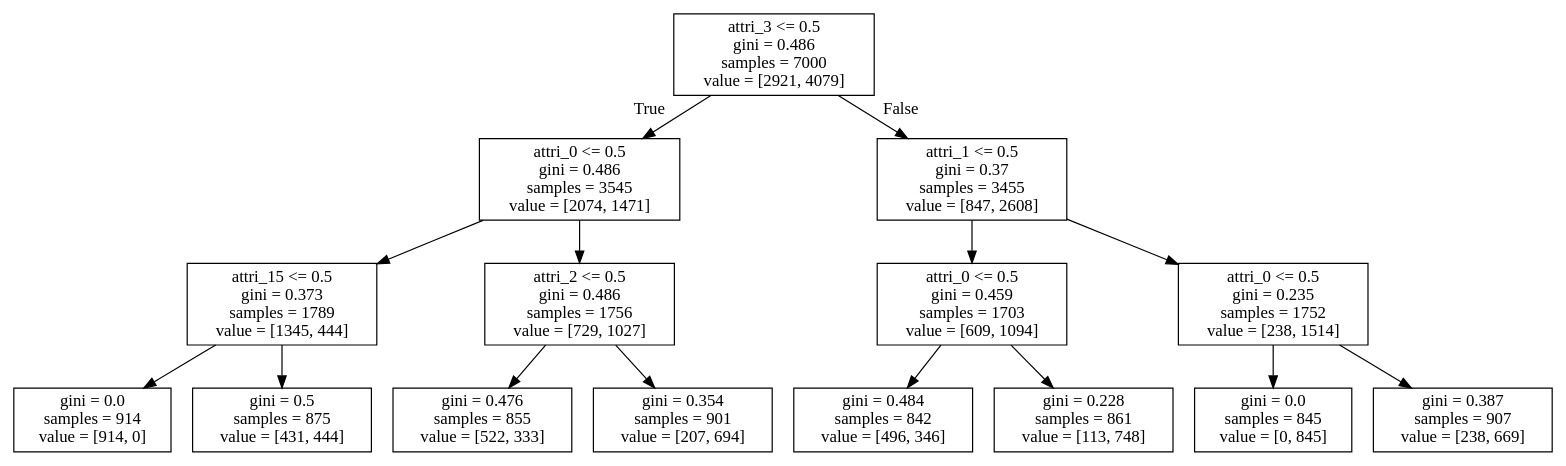
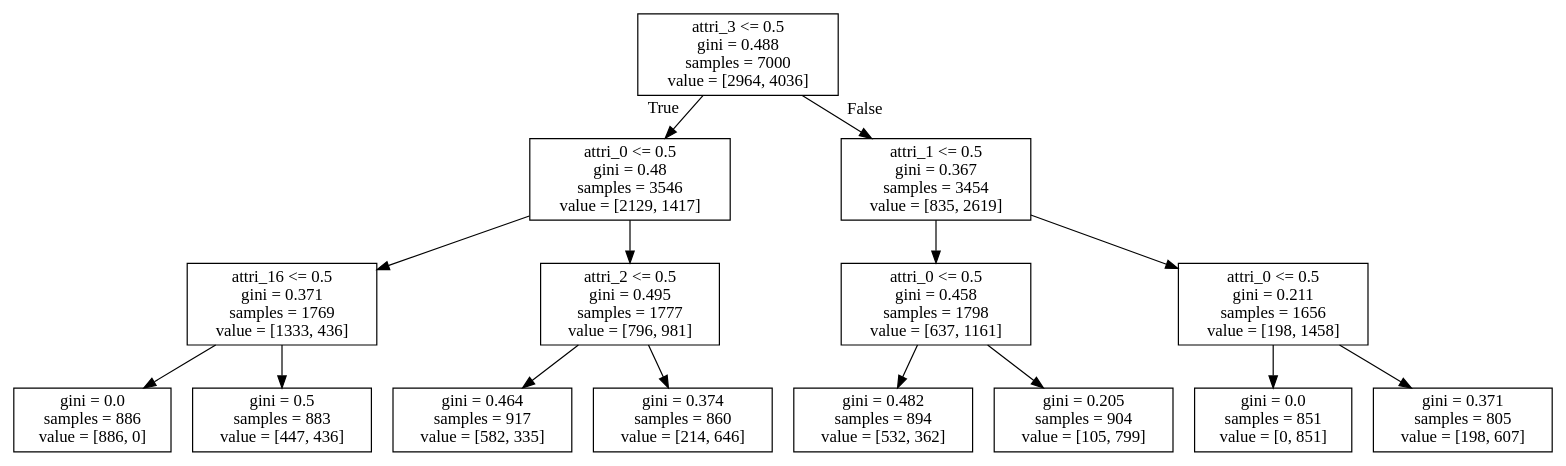
The diagram in Decision_Tree/models/decision_tree_depth3.dot (ElektrischesSchaf/Data_Mining_2019_Projects), drawn with Graphviz before and after one commit. The commit also changed 5 other files, not shown here.

```diff
--- a/Decision_Tree/models/decision_tree_depth3.dot
+++ b/Decision_Tree/models/decision_tree_depth3.dot
@@ -1,32 +1,32 @@
 digraph Tree {
 node [shape=box] ;
-0 [label="attri_3 <= 0.5\ngini = 0.486\nsamples = 7000\nvalue = [2921, 4079]"] ;
-1 [label="attri_0 <= 0.5\ngini = 0.486\nsamples = 3545\nvalue = [2074, 1471]"] ;
+0 [label="attri_3 <= 0.5\ngini = 0.488\nsamples = 7000\nvalue = [2964, 4036]"] ;
+1 [label="attri_0 <= 0.5\ngini = 0.48\nsamples = 3546\nvalue = [2129, 1417]"] ;
 0 -> 1 [labeldistance=2.5, labelangle=45, headlabel="True"] ;
-2 [label="attri_15 <= 0.5\ngini = 0.373\nsamples = 1789\nvalue = [1345, 444]"] ;
+2 [label="attri_16 <= 0.5\ngini = 0.371\nsamples = 1769\nvalue = [1333, 436]"] ;
 1 -> 2 ;
-3 [label="gini = 0.0\nsamples = 914\nvalue = [914, 0]"] ;
+3 [label="gini = 0.0\nsamples = 886\nvalue = [886, 0]"] ;
 2 -> 3 ;
-4 [label="gini = 0.5\nsamples = 875\nvalue = [431, 444]"] ;
+4 [label="gini = 0.5\nsamples = 883\nvalue = [447, 436]"] ;
 2 -> 4 ;
-5 [label="attri_2 <= 0.5\ngini = 0.486\nsamples = 1756\nvalue = [729, 1027]"] ;
+5 [label="attri_2 <= 0.5\ngini = 0.495\nsamples = 1777\nvalue = [796, 981]"] ;
 1 -> 5 ;
-6 [label="gini = 0.476\nsamples = 855\nvalue = [522, 333]"] ;
+6 [label="gini = 0.464\nsamples = 917\nvalue = [582, 335]"] ;
 5 -> 6 ;
-7 [label="gini = 0.354\nsamples = 901\nvalue = [207, 694]"] ;
+7 [label="gini = 0.374\nsamples = 860\nvalue = [214, 646]"] ;
 5 -> 7 ;
-8 [label="attri_1 <= 0.5\ngini = 0.37\nsamples = 3455\nvalue = [847, 2608]"] ;
+8 [label="attri_1 <= 0.5\ngini = 0.367\nsamples = 3454\nvalue = [835, 2619]"] ;
 0 -> 8 [labeldistance=2.5, labelangle=-45, headlabel="False"] ;
-9 [label="attri_0 <= 0.5\ngini = 0.459\nsamples = 1703\nvalue = [609, 1094]"] ;
+9 [label="attri_0 <= 0.5\ngini = 0.458\nsamples = 1798\nvalue = [637, 1161]"] ;
 8 -> 9 ;
-10 [label="gini = 0.484\nsamples = 842\nvalue = [496, 346]"] ;
+10 [label="gini = 0.482\nsamples = 894\nvalue = [532, 362]"] ;
 9 -> 10 ;
-11 [label="gini = 0.228\nsamples = 861\nvalue = [113, 748]"] ;
+11 [label="gini = 0.205\nsamples = 904\nvalue = [105, 799]"] ;
 9 -> 11 ;
-12 [label="attri_0 <= 0.5\ngini = 0.235\nsamples = 1752\nvalue = [238, 1514]"] ;
+12 [label="attri_0 <= 0.5\ngini = 0.211\nsamples = 1656\nvalue = [198, 1458]"] ;
 8 -> 12 ;
-13 [label="gini = 0.0\nsamples = 845\nvalue = [0, 845]"] ;
+13 [label="gini = 0.0\nsamples = 851\nvalue = [0, 851]"] ;
 12 -> 13 ;
-14 [label="gini = 0.387\nsamples = 907\nvalue = [238, 669]"] ;
+14 [label="gini = 0.371\nsamples = 805\nvalue = [198, 607]"] ;
 12 -> 14 ;
 }
```
